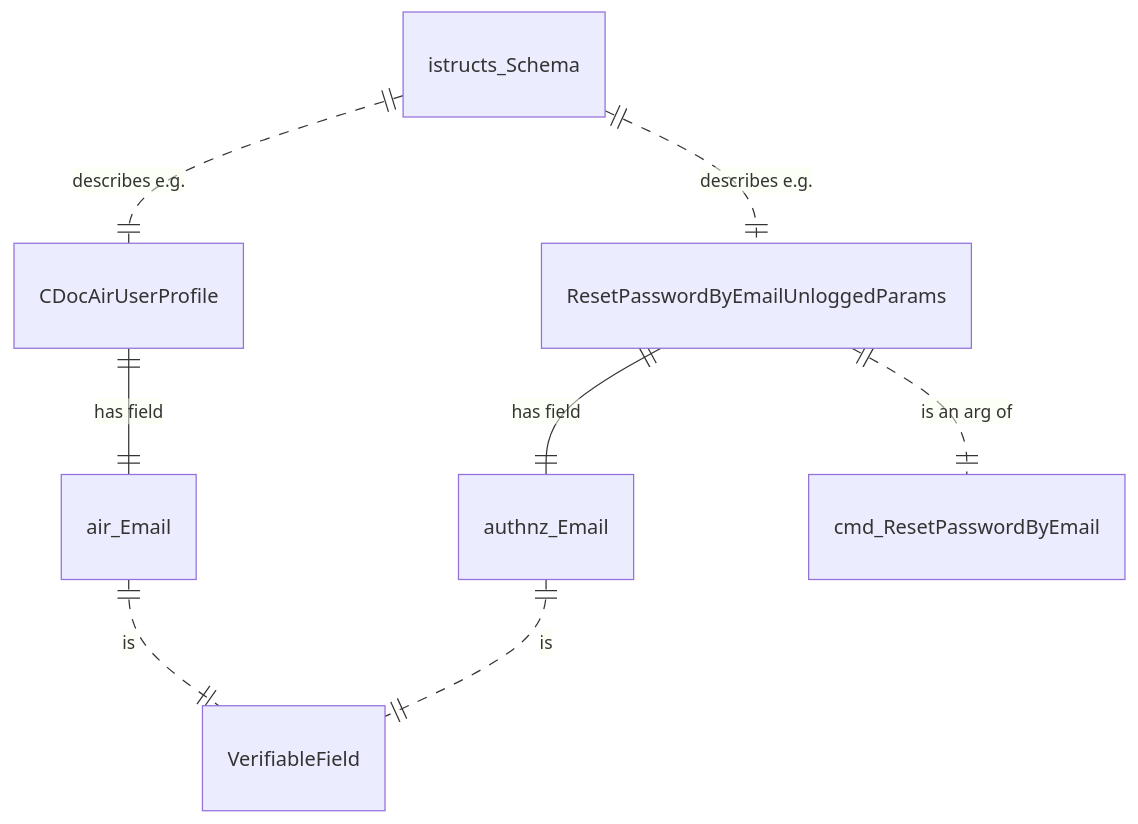
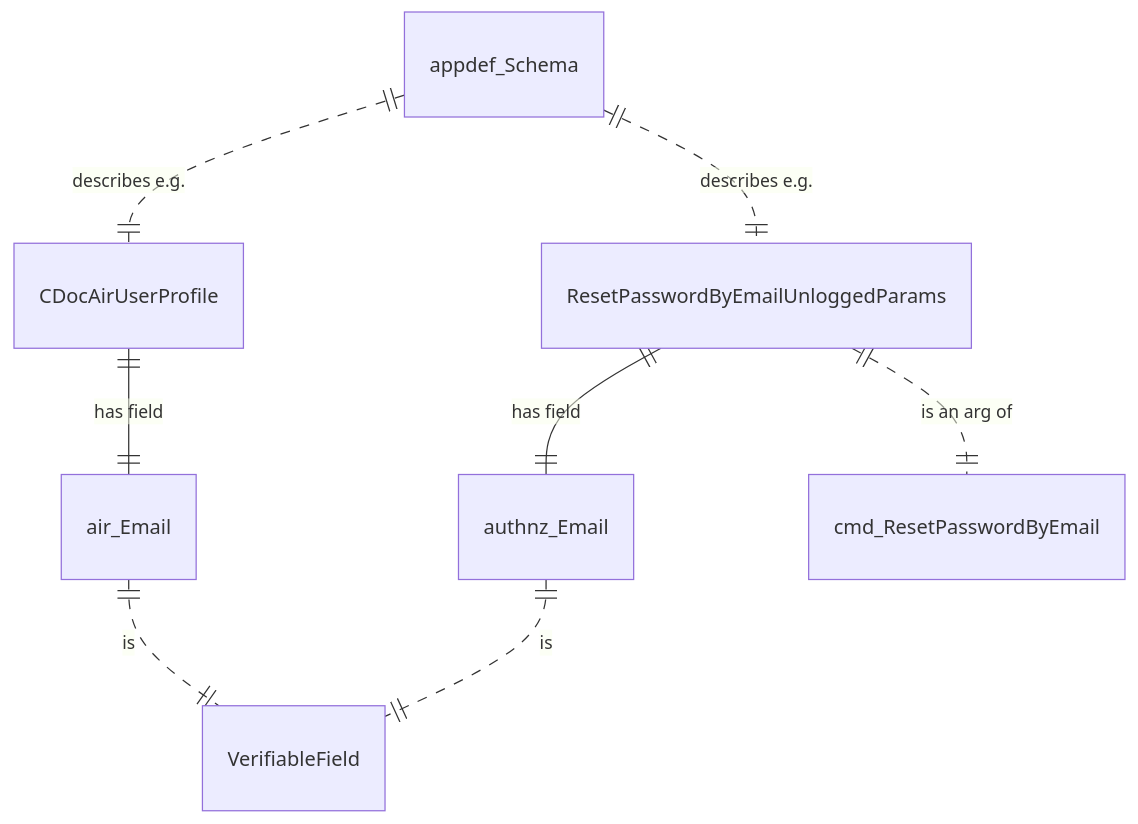
Before and after one commit to voedger/voedger: the third of 5 diagrams in design/verifiable-fields/README.md, drawn with Mermaid. The commit also changed other lines of this file and 94 other files, not shown here.

Commit message:
rename `SchemaCache` to `IAppDef`

````diff
--- a/design/verifiable-fields/README.md
+++ b/design/verifiable-fields/README.md
@@ -127,12 +127,12 @@
 ```mermaid
 erDiagram
 
-istructs_Schema ||..|| ResetPasswordByEmailUnloggedParams: "describes e.g."
-istructs_Schema ||..|| CDocAirUserProfile: "describes e.g."
+appdef_Schema ||..|| ResetPasswordByEmailUnloggedParams: "describes e.g."
+appdef_Schema ||..|| CDocAirUserProfile: "describes e.g."
 
 ResetPasswordByEmailUnloggedParams ||--|| authnz_Email: "has field"
 air_Email ||..|| VerifiableField: is
 authnz_Email ||..|| VerifiableField: is
 CDocAirUserProfile ||--|| air_Email: "has field"
 ResetPasswordByEmailUnloggedParams ||..|| cmd_ResetPasswordByEmail: "is an arg of"
 ```
````
